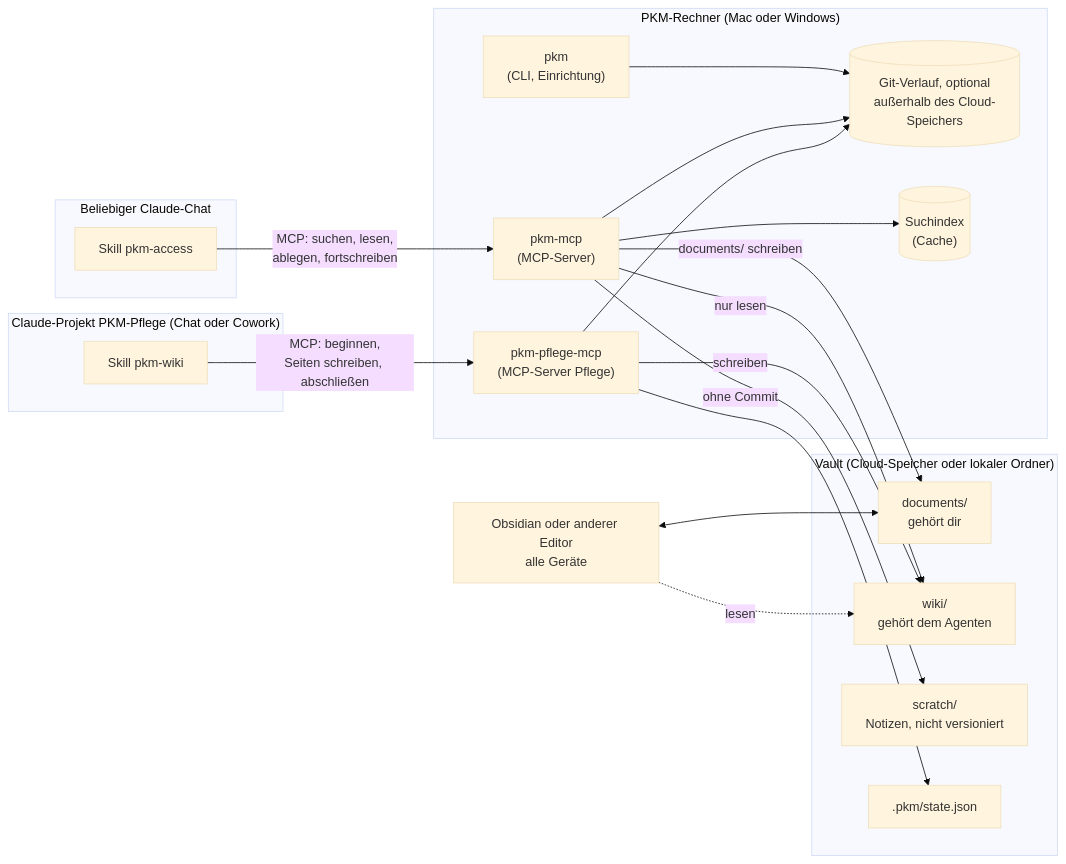
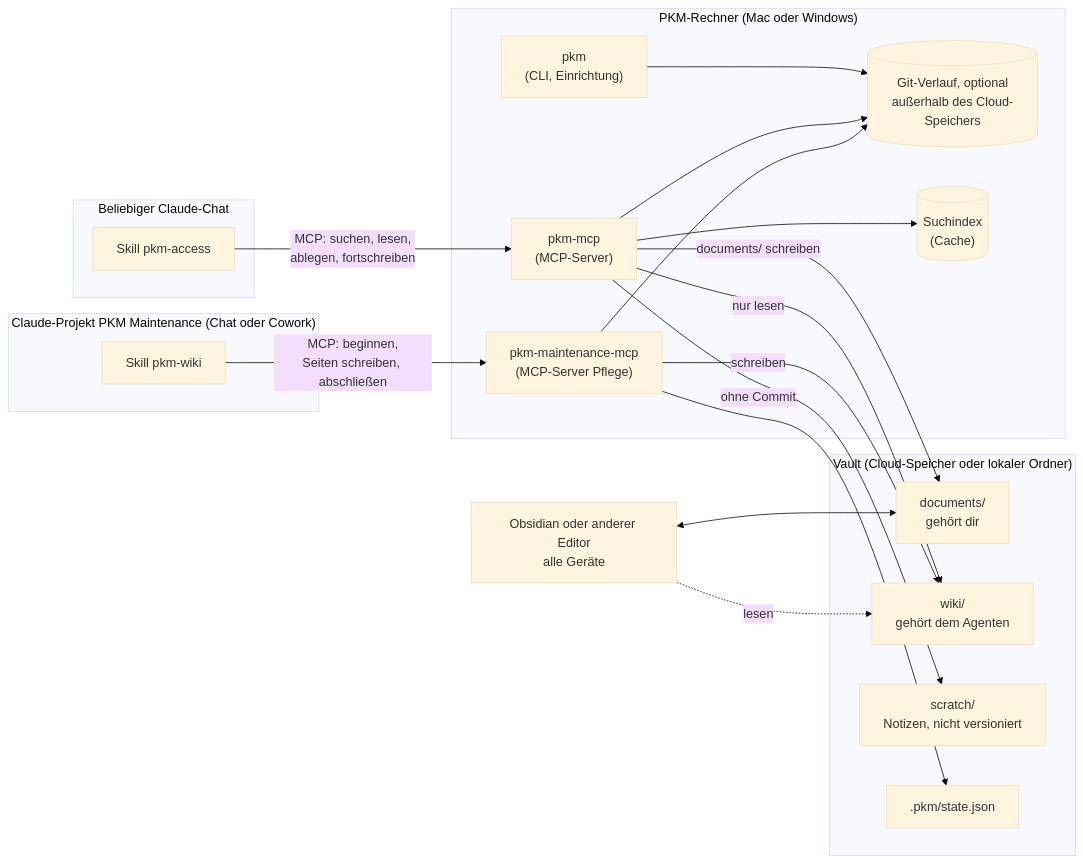
The fifth of 8 diagrams in README.md (achim0x/pkm-llm-wiki), drawn with Mermaid (base theme) before and after one commit. The commit also changed other lines of this file and 19 other files, not shown here.

First line of the commit message:
Rename the maintenance server to English: pkm-maintenance

````diff
--- a/README.md
+++ b/README.md
@@ -782,37 +782,37 @@
 ```mermaid
 flowchart LR
     subgraph Chats["Beliebiger Claude-Chat"]
         A["Skill pkm-access"]
     end
-    subgraph Projekt["Claude-Projekt PKM-Pflege (Chat oder Cowork)"]
+    subgraph Projekt["Claude-Projekt PKM Maintenance (Chat oder Cowork)"]
         B["Skill pkm-wiki"]
     end
     subgraph Mac["PKM-Rechner (Mac oder Windows)"]
         M["pkm-mcp<br/>(MCP-Server)"]
-        P["pkm-pflege-mcp<br/>(MCP-Server Pflege)"]
+        P["pkm-maintenance-mcp<br/>(MCP-Server Pflege)"]
         C["pkm<br/>(CLI, Einrichtung)"]
         G[("Git-Verlauf, optional<br/>außerhalb des Cloud-Speichers")]
         I[("Suchindex<br/>(Cache)")]
     end
     subgraph Vault["Vault (Cloud-Speicher oder lokaler Ordner)"]
         D["documents/<br/>gehört dir"]
         W["wiki/<br/>gehört dem Agenten"]
         X["scratch/<br/>Notizen, nicht versioniert"]
         S[".pkm/state.json"]
     end
     O["Obsidian oder anderer Editor<br/>alle Geräte"]
 
     A -- "MCP: suchen, lesen,<br/>ablegen, fortschreiben" --> M
     B -- "MCP: beginnen,<br/>Seiten schreiben, abschließen" --> P
     P -- "schreiben" --> W
     P --> G
     M -- "documents/ schreiben" --> D
     M -- "ohne Commit" --> X
     M -- "nur lesen" --> W
     M --> G
     M --> I
     P --> S
     C --> G
     O <--> D
     O -.->|"lesen"| W
 ```
````
